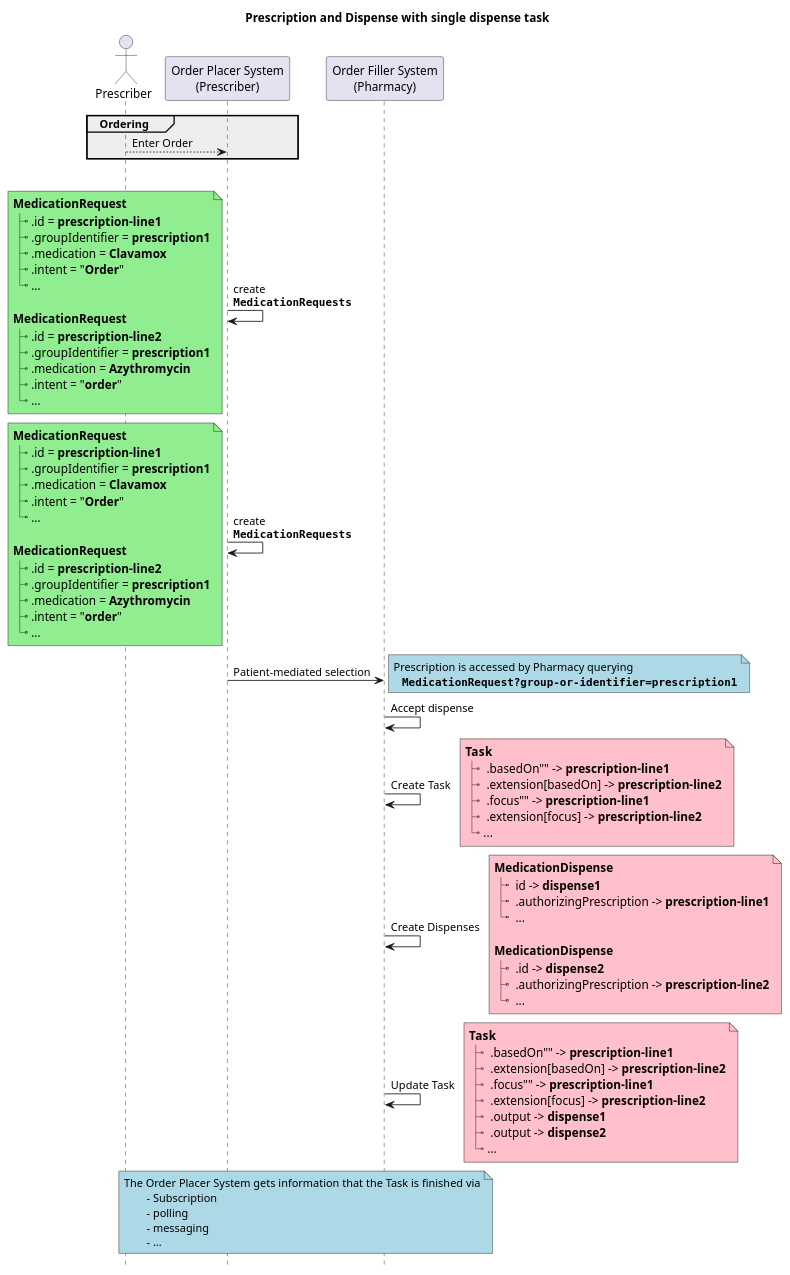
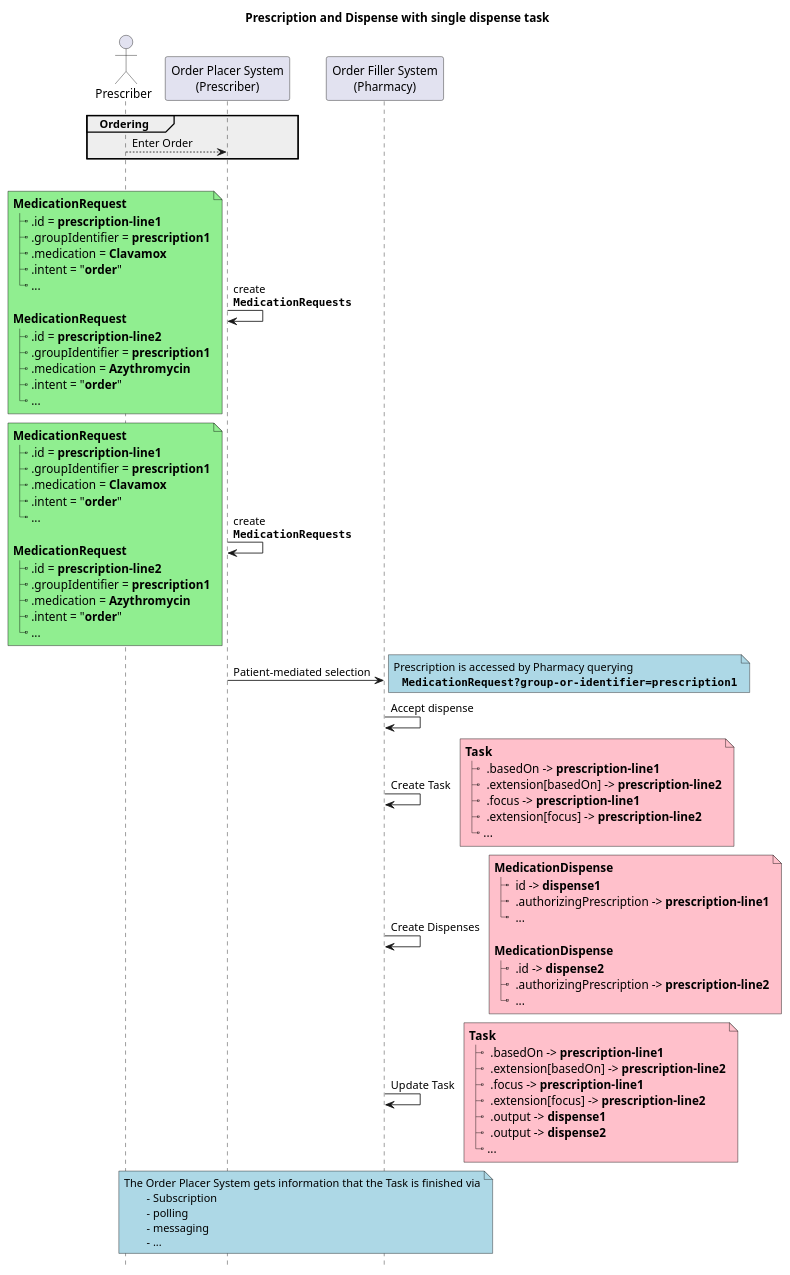
One commit to HL7/fhir-cow-ig changed the diagram in input/images-source/ex4-meds-grouped-dispense.plantuml. Above: the diagram before and after it, drawn with PlantUML.

```diff
--- a/input/images-source/ex4-meds-grouped-dispense.plantuml
+++ b/input/images-source/ex4-meds-grouped-dispense.plantuml
@@ -1,124 +1,125 @@
 @startuml
 skinparam svgDimensionStyle false
 'skinparam sequenceMessageAlign center
 title 
 	Prescription and Dispense with single dispense task
 end title
 hide footbox
 
 skinparam Note<<resource>> {
     'BackgroundColor Pink
     FontName Consolas
     FontSize 14
     'FontStyle Bold
     BorderColor Black
 }
 
 
 actor Prescriber as Doc
 participant "Order Placer System\n(Prescriber)" as Placer
 participant "Order Filler System\n(Pharmacy)" as Filler
 
 group #eee Ordering
 Doc --> Placer: Enter Order
 end
 
 group Workflow
 
 Placer -> Placer: create\n**""MedicationRequests""** 
 
 note left <<resource>> #lightgreen
 	**MedicationRequest**
 	|_ .id = **prescription-line1**
 	|_ .groupIdentifier = **prescription1**
 	|_ .medication = **Clavamox**
-	|_ .intent = "**Order**"
+	|_ .intent = "**order**"
 	|_ ...
 
 	**MedicationRequest**
 	|_ .id = **prescription-line2**
 	|_ .groupIdentifier = **prescription1**
 	|_ .medication = **Azythromycin**
 	|_ .intent = "**order**"
 	|_ ...
 end note
 
 Placer -> Placer: create\n**""MedicationRequests""** 
 
 note left <<resource>> #lightgreen
 	**MedicationRequest**
 	|_ .id = **prescription-line1**
 	|_ .groupIdentifier = **prescription1**
 	|_ .medication = **Clavamox**
-	|_ .intent = "**Order**"
+	|_ .intent = "**order**"
 	|_ ...
 
 	**MedicationRequest**
 	|_ .id = **prescription-line2**
 	|_ .groupIdentifier = **prescription1**
 	|_ .medication = **Azythromycin**
 	|_ .intent = "**order**"
 	|_ ...
 end note
 
 
 
 Placer -> Filler: Patient-mediated selection
 
 note right #lightblue
 	Prescription is accessed by Pharmacy querying
     **""MedicationRequest?group-or-identifier=prescription1""**
 end note
 Filler -> Filler: Accept dispense
 
 Filler -> Filler: Create Task
 
 note right <<resource>>#pink
 	**Task**
-	|_  .basedOn"" -> **prescription-line1**
+	|_  .basedOn -> **prescription-line1**
 	|_  .extension[basedOn] -> **prescription-line2**
-	|_  .focus"" -> **prescription-line1**
+	|_  .focus -> **prescription-line1**
 	|_  .extension[focus] -> **prescription-line2**
 	|_ ...
 end note 
 
 
 Filler -> Filler: Create Dispenses
 note right <<resource>> #pink
   **MedicationDispense**
   |_  id -> **dispense1**
   |_  .authorizingPrescription -> **prescription-line1**
   |_  ...
 
   **MedicationDispense**
   |_  .id -> **dispense2** 
   |_  .authorizingPrescription -> **prescription-line2**
   |_  ...
 end note 
 
 
 
 Filler -> Filler: Update Task
 
 note right <<resource>>#pink
 	**Task**
-	|_  .basedOn"" -> **prescription-line1**
+	|_  .basedOn -> **prescription-line1**
 	|_  .extension[basedOn] -> **prescription-line2**
-	|_  .focus"" -> **prescription-line1**
+	|_  .focus -> **prescription-line1**
 	|_  .extension[focus] -> **prescription-line2**
 	|_  .output -> **dispense1**
 	|_  .output -> **dispense2**
 	|_ ...
 end note 
 
 
 note over Placer, Filler #lightblue
 	The Order Placer System gets information that the Task is finished via
 		- Subscription
 		- polling
 		- messaging
 		- ...
 end note
 
 
+
 @enduml
```
